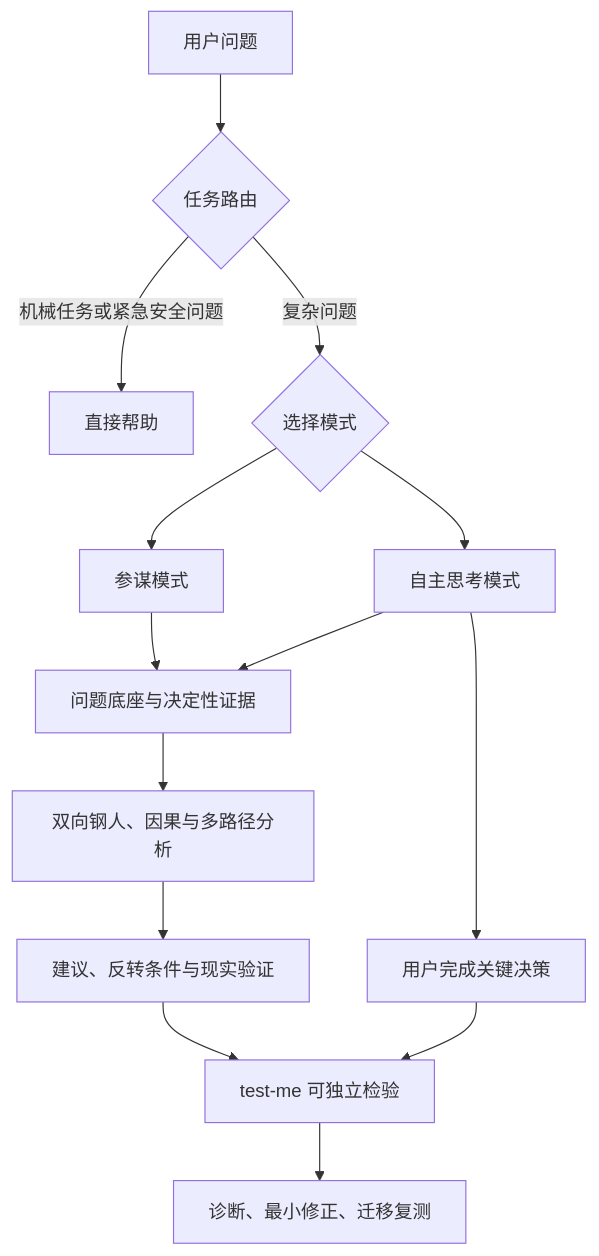
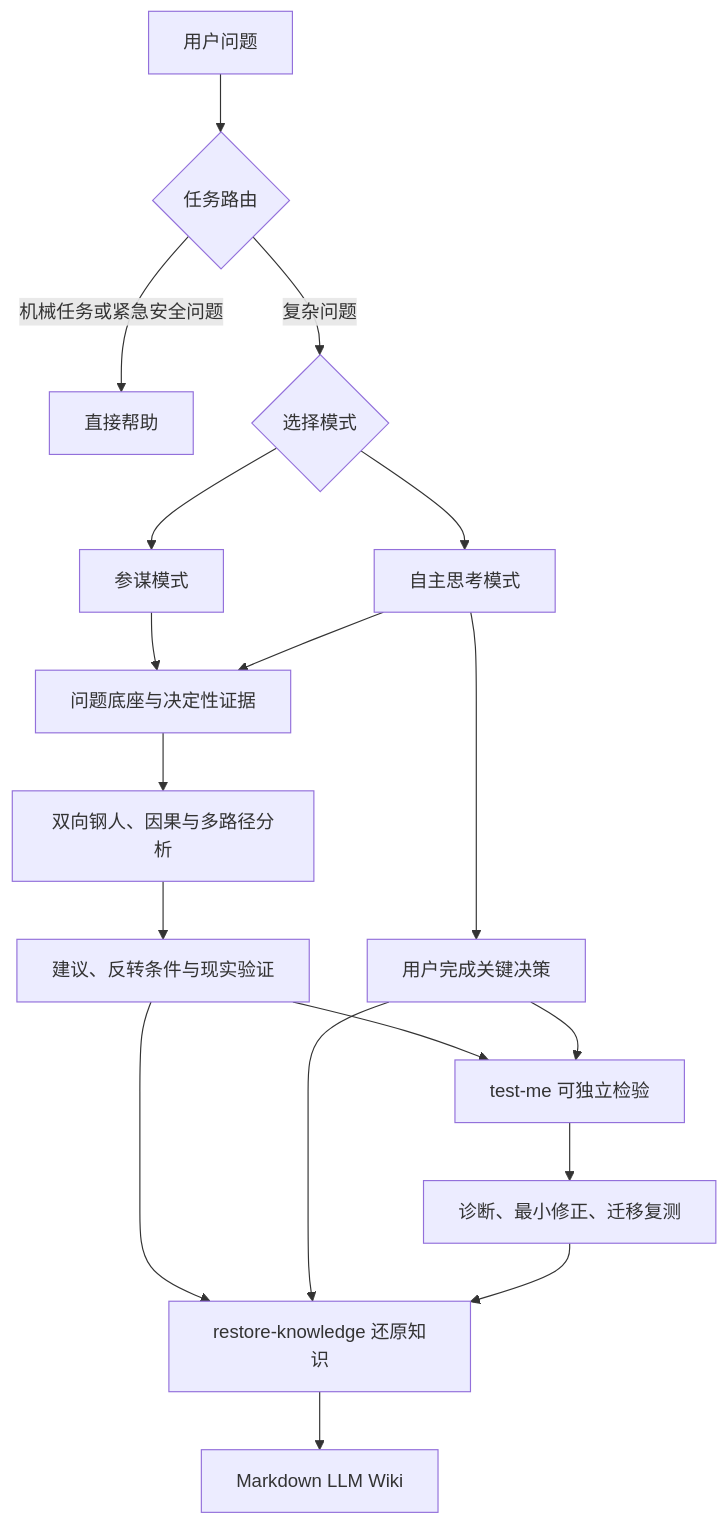
The diagram in README.md (ttttstc/chief-of-staff), drawn with Mermaid before and after one commit. The commit also changed other lines of this file and 10 other files, not shown here.

````diff
--- a/README.md
+++ b/README.md
@@ -135,16 +160,20 @@
 ```mermaid
 flowchart TD
     A[用户问题] --> B{任务路由}
     B -->|机械任务或紧急安全问题| C[直接帮助]
     B -->|复杂问题| D{选择模式}
     D --> E[参谋模式]
     D --> F[自主思考模式]
     E --> G[问题底座与决定性证据]
     F --> G
     G --> H[双向钢人、因果与多路径分析]
     H --> I[建议、反转条件与现实验证]
     F --> J[用户完成关键决策]
     I --> K[test-me 可独立检验]
     J --> K
     K --> L[诊断、最小修正、迁移复测]
+    I --> M[restore-knowledge 还原知识]
+    J --> M
+    L --> M
+    M --> N[Markdown LLM Wiki]
 ```
````
